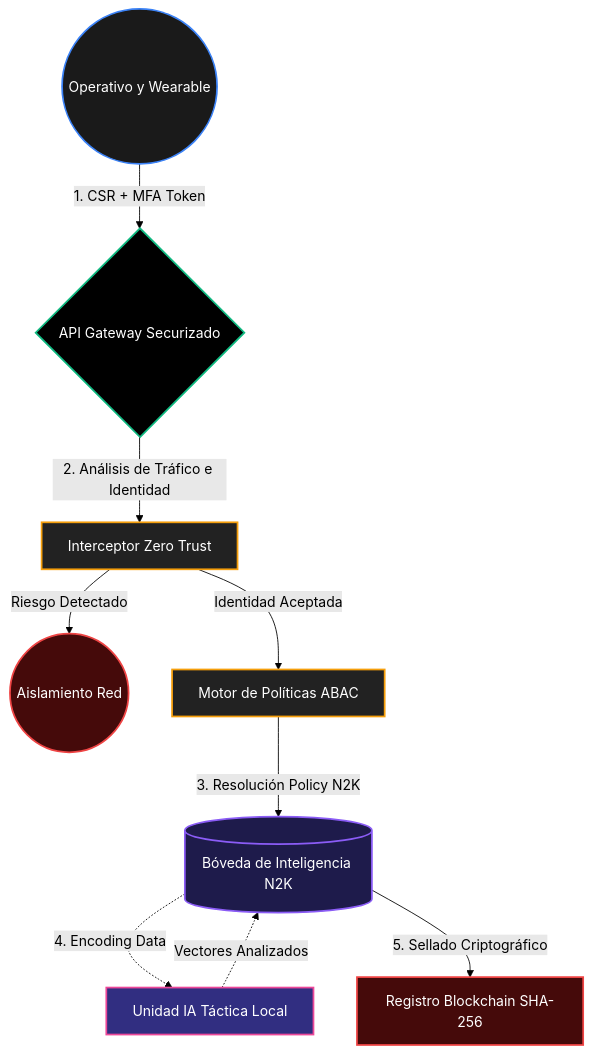
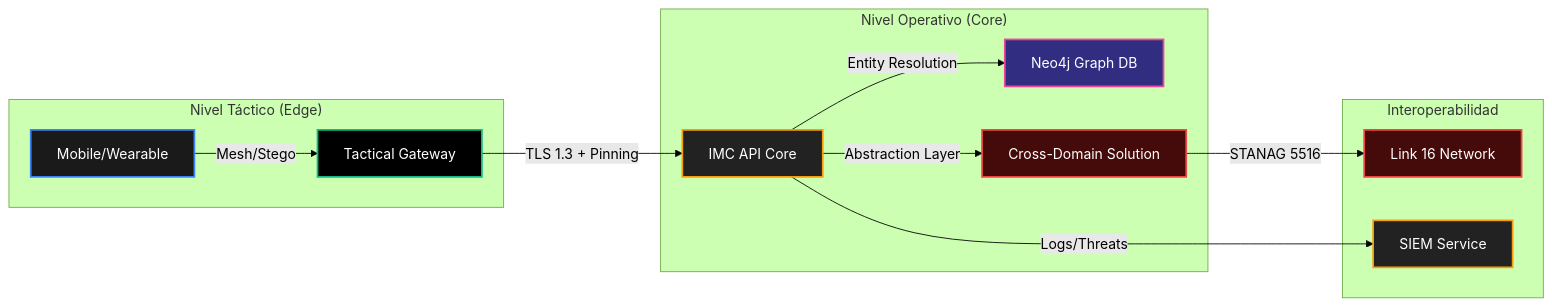
Before and after one commit to murdok1982/SpyManager: the second of 2 diagrams in README.md, drawn with Mermaid (forest theme). The commit also changed other lines of this file and 85 other files, not shown here.

````diff
--- a/README.md
+++ b/README.md
@@ -76,24 +82,24 @@
 ```mermaid
-graph TD
+graph LR
+    subgraph "Nivel Táctico (Edge)"
+        M["Mobile/Wearable"]:::operativo
+        M -- "Mesh/Stego" --> G["Tactical Gateway"]:::gateway
+    end
+
+    subgraph "Nivel Operativo (Core)"
+        G -- "TLS 1.3 + Pinning" --> API["IMC API Core"]:::policy
+        API -- "Entity Resolution" --> Neo["Neo4j Graph DB"]:::ai
+        API -- "Abstraction Layer" --> CDS["Cross-Domain Solution"]:::blockchain
+    end
+
+    subgraph "Interoperabilidad"
+        CDS -- "STANAG 5516" --> NATO["Link 16 Network"]:::blockchain
+        API -- "Logs/Threats" --> SIEM["SIEM Service"]:::policy
+    end
+
     classDef operativo fill:#1a1a1a,stroke:#3b82f6,stroke-width:2px,color:#fff
     classDef gateway fill:#000000,stroke:#10b981,stroke-width:2px,color:#fff
     classDef policy fill:#222222,stroke:#f59e0b,stroke-width:2px,color:#fff
-    classDef storage fill:#1e1b4b,stroke:#8b5cf6,stroke-width:2px,color:#fff
     classDef ai fill:#312e81,stroke:#ec4899,stroke-width:2px,color:#fff
     classDef blockchain fill:#450a0a,stroke:#ef4444,stroke-width:2px,color:#fff
-
-    User(("Operativo y Wearable")):::operativo
-    User -- "1. CSR + MFA Token" --> Gateway{"API Gateway Securizado"}:::gateway
-    
-    Gateway -- "2. Análisis de Tráfico e Identidad" --> Interceptor["Interceptor Zero Trust"]:::policy
-    
-    Interceptor -- "Riesgo Detectado" --> Ban(("Aislamiento Red")):::blockchain
-    Interceptor -- "Identidad Aceptada" --> ABAC["Motor de Políticas ABAC"]:::policy
-    
-    ABAC -- "3. Resolución Policy N2K" --> Vault[("Bóveda de Inteligencia N2K")]:::storage
-    
-    Vault -. "4. Encoding Data" .-> AI["Unidad IA Táctica Local"]:::ai
-    AI -. "Vectores Analizados" .-> Vault
-    
-    Vault -- "5. Sellado Criptográfico" --> Audit["Registro Blockchain SHA-256"]:::blockchain
 ```
````
